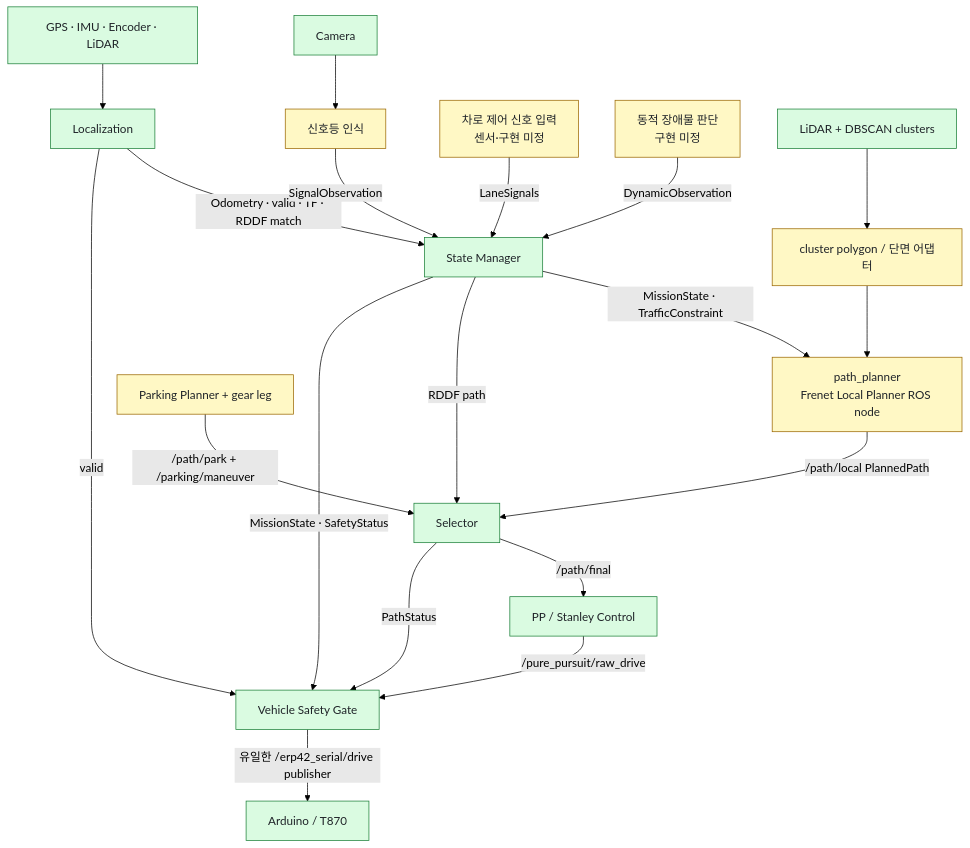
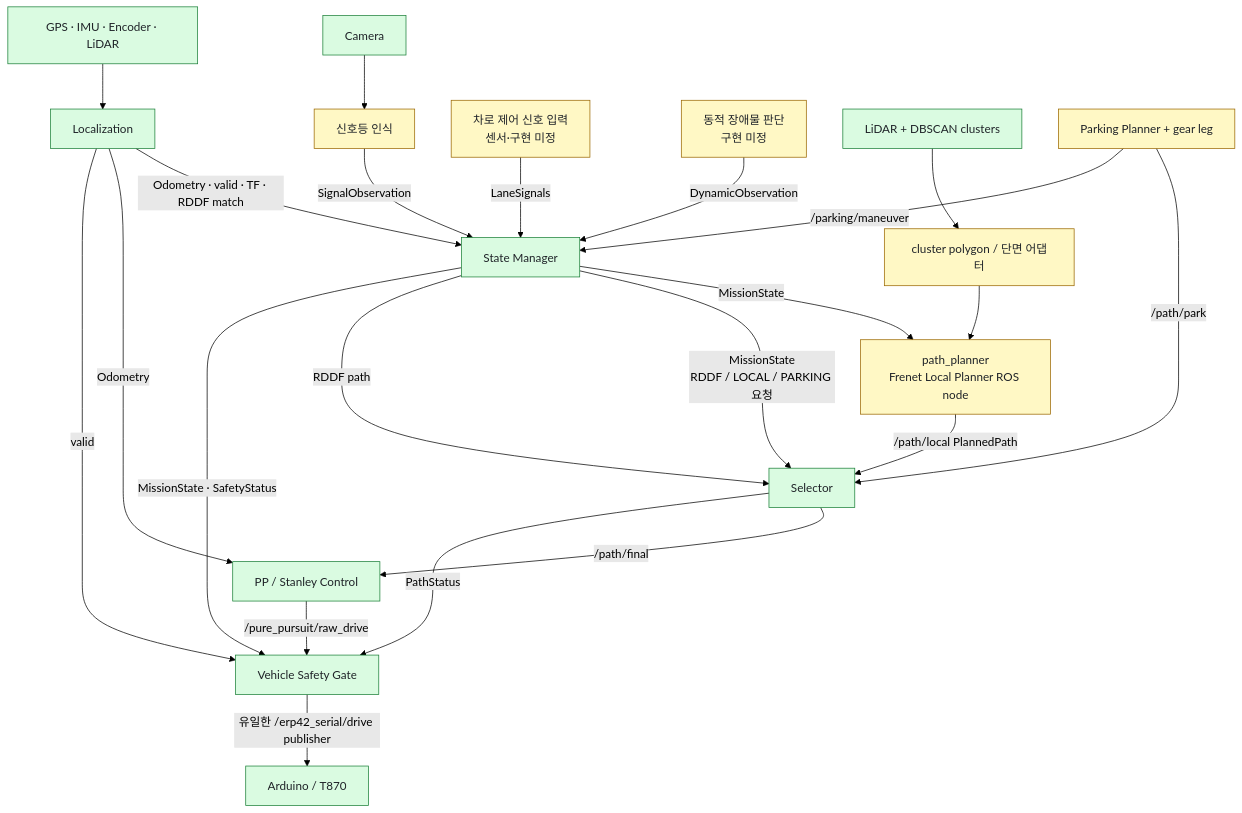
Before and after one commit to Team-Stier/HL-FMA-1-5-2026: the third of 3 diagrams in docs/architecture.md, drawn with Mermaid (forest theme). The commit also changed other lines of this file and 10 other files, not shown here.

Commit message:
Connect path tracking control to safety pipeline

````diff
--- a/docs/architecture.md
+++ b/docs/architecture.md
@@ -231,24 +238,27 @@
 ```mermaid
 flowchart TB
     classDef ready fill:#dafbe1,stroke:#1a7f37,color:#1f2328
     classDef todo fill:#fff8c5,stroke:#9a6700,color:#1f2328
 
     SENSORS[GPS · IMU · Encoder · LiDAR]:::ready --> LOC[Localization]:::ready
     CAMERA[Camera]:::ready --> TRAFFIC[신호등 인식]:::todo
     LOC -->|Odometry · valid · TF · RDDF match| MISSION[State Manager]:::ready
     TRAFFIC -->|SignalObservation| MISSION
     LANEOBS[차로 제어 신호 입력<br/>센서·구현 미정]:::todo -->|LaneSignals| MISSION
     DYNAMIC[동적 장애물 판단<br/>구현 미정]:::todo -->|DynamicObservation| MISSION
     LIDAR[LiDAR + DBSCAN clusters]:::ready --> ADAPTER[cluster polygon / 단면 어댑터]:::todo
     ADAPTER --> PLANNER[path_planner<br/>Frenet Local Planner ROS node]:::todo
-    MISSION -->|MissionState · TrafficConstraint| PLANNER
-    MISSION -->|RDDF path| SELECTOR[Selector]:::ready
+    MISSION -->|MissionState| PLANNER
+    MISSION -->|MissionState<br/>RDDF / LOCAL / PARKING 요청| SELECTOR[Selector]:::ready
+    MISSION -->|RDDF path| SELECTOR
     PLANNER -->|/path/local PlannedPath| SELECTOR
-    PARKING[Parking Planner + gear leg]:::todo -->|/path/park + /parking/maneuver| SELECTOR
+    PARKING[Parking Planner + gear leg]:::todo -->|/path/park| SELECTOR
+    PARKING -->|/parking/maneuver| MISSION
     SELECTOR -->|/path/final| CONTROL[PP / Stanley Control]:::ready
+    LOC -->|Odometry| CONTROL
     CONTROL -->|/pure_pursuit/raw_drive| GATE[Vehicle Safety Gate]:::ready
     MISSION -->|MissionState · SafetyStatus| GATE
     SELECTOR -->|PathStatus| GATE
     LOC -->|valid| GATE
     GATE -->|유일한 /erp42_serial/drive publisher| VEHICLE[Arduino / T870]:::ready
 ```
````
